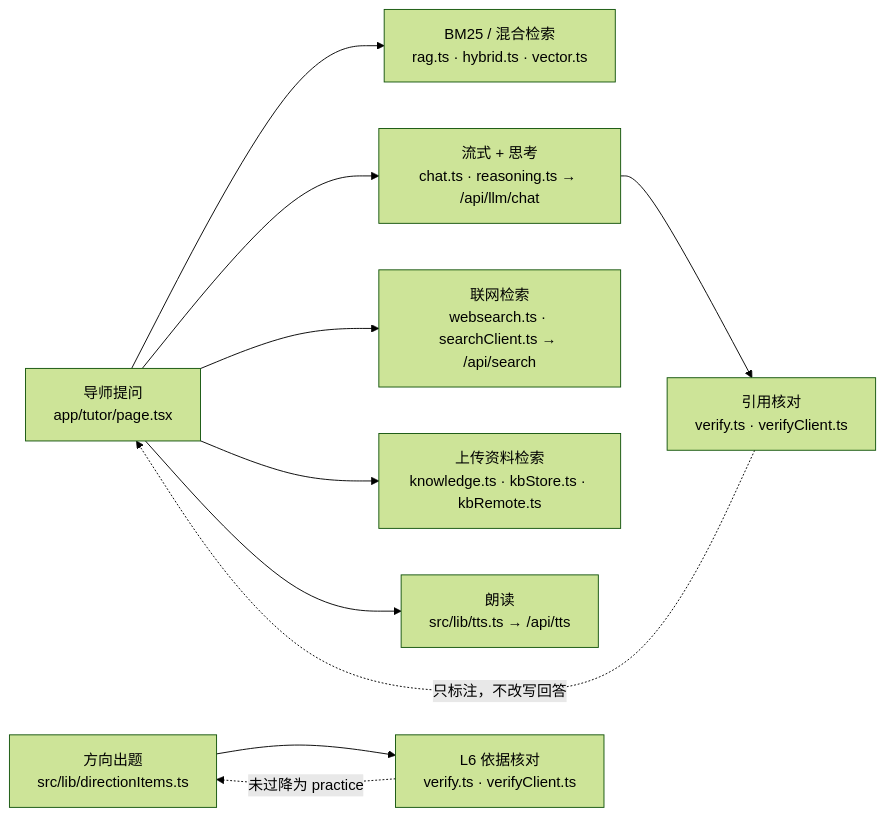
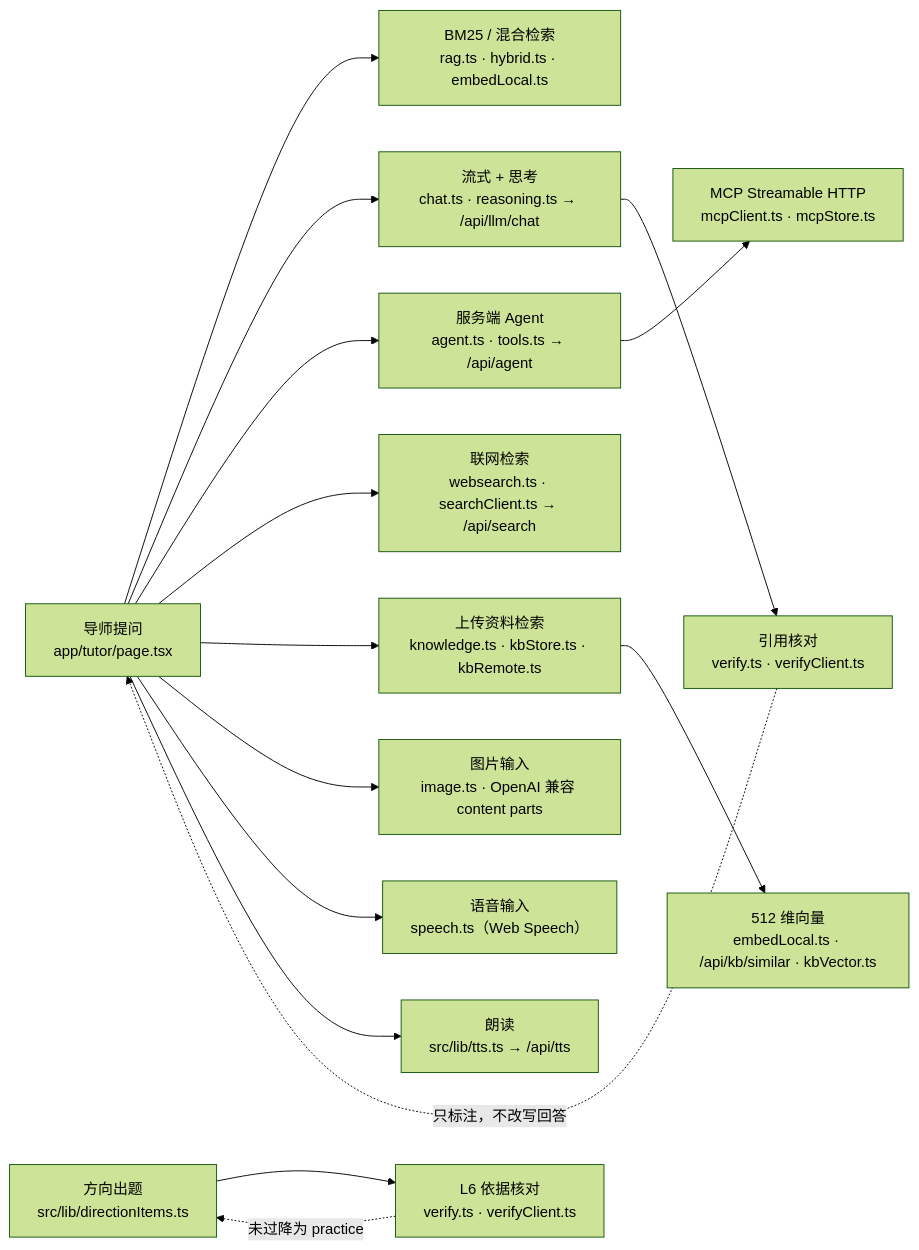
The second of 2 diagrams in docs/architecture.md (Jasonsomelike/chuanzhibei-ai-web-adaptive-learning), drawn with Mermaid (forest theme) before and after one commit. The commit also changed other lines of this file and 95 other files, not shown here.

First line of the commit message:
能力升级：工具调用 Agent、MCP 客户端、pgvector 向量库、多模态输入与人格化回答

````diff
--- a/docs/architecture.md
+++ b/docs/architecture.md
@@ -23,12 +23,17 @@
 ```mermaid
 flowchart LR
-  Q["导师提问<br/>app/tutor/page.tsx"] --> R["BM25 / 混合检索<br/>rag.ts · hybrid.ts · vector.ts"]
+  Q["导师提问<br/>app/tutor/page.tsx"] --> R["BM25 / 混合检索<br/>rag.ts · hybrid.ts · embedLocal.ts"]
   Q --> S["流式 + 思考<br/>chat.ts · reasoning.ts → /api/llm/chat"]
+  Q --> A["服务端 Agent<br/>agent.ts · tools.ts → /api/agent"]
+  A --> MC["MCP Streamable HTTP<br/>mcpClient.ts · mcpStore.ts"]
   Q --> W["联网检索<br/>websearch.ts · searchClient.ts → /api/search"]
   Q --> U["上传资料检索<br/>knowledge.ts · kbStore.ts · kbRemote.ts"]
+  U --> VEC["512 维向量<br/>embedLocal.ts · /api/kb/similar · kbVector.ts"]
+  Q --> IMG["图片输入<br/>image.ts · OpenAI 兼容 content parts"]
+  Q --> SP["语音输入<br/>speech.ts（Web Speech）"]
   S --> V["引用核对<br/>verify.ts · verifyClient.ts"]
   D["方向出题<br/>src/lib/directionItems.ts"] --> L6["L6 依据核对<br/>verify.ts · verifyClient.ts"]
   V -. "只标注，不改写回答" .-> Q
   L6 -. "未过降为 practice" .-> D
   Q --> TTS["朗读<br/>src/lib/tts.ts → /api/tts"]
 ```
````
